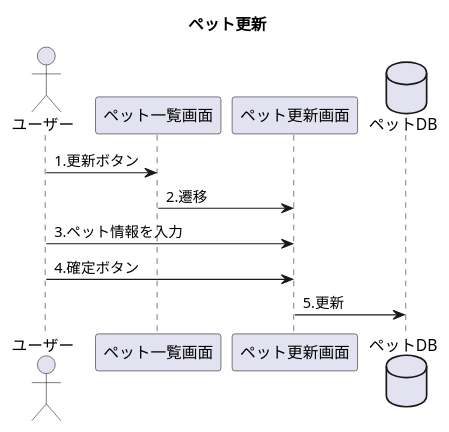
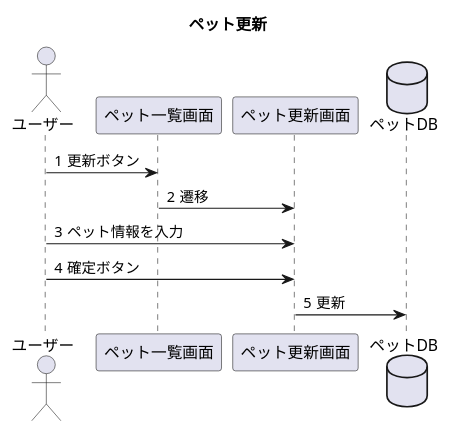
Before and after one commit to Tyamanaka07/WebSystem: the diagram in UML/seq_petUpdate.pu, drawn with PlantUML. The commit also changed 5 other files, not shown here.

```diff
--- a/UML/seq_petUpdate.pu
+++ b/UML/seq_petUpdate.pu
@@ -1,15 +1,16 @@
 @startuml
 title ペット更新
 actor ユーザー
 participant ペット一覧画面
 participant ペット更新画面
 database ペットDB
+autonumber "#"
 
-ユーザー->ペット一覧画面:1.更新ボタン
-ペット一覧画面->ペット更新画面:2.遷移
-ユーザー->ペット更新画面:3.ペット情報を入力
-ユーザー->ペット更新画面:4.確定ボタン
-ペット更新画面->ペットDB:5.更新
+ユーザー->ペット一覧画面:更新ボタン
+ペット一覧画面->ペット更新画面:遷移
+ユーザー->ペット更新画面:ペット情報を入力
+ユーザー->ペット更新画面:確定ボタン
+ペット更新画面->ペットDB:更新
 
 
 @enduml
```
